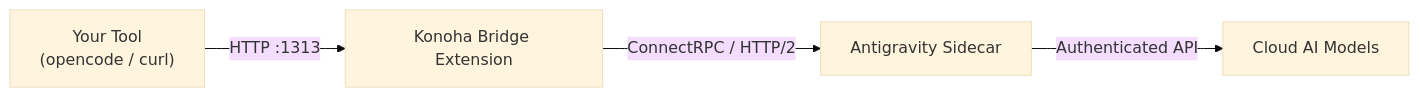
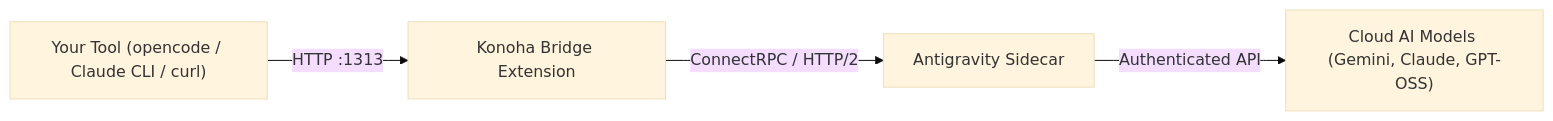
The diagram in README.md (andycungkrinx91/konoha-bridge), drawn with Mermaid (base theme) before and after one commit. The commit also changed other lines of this file and 13 other files, not shown here.

Commit message:
release: v1.4.0 - Gemini 3.8 Flash support, 100% Antigravity alignment, bug fixes & docs

````diff
--- a/README.md
+++ b/README.md
@@ -40,6 +40,6 @@
 ```mermaid
 flowchart LR
-    A["Your Tool<br/>(opencode / curl)"] -->|"HTTP :1313"| B["Konoha Bridge Extension"]
-    B -->|"ConnectRPC / HTTP/2"| C["Antigravity Sidecar"]
-    C -->|"Authenticated API"| D["Cloud AI Models"]
+    A["Your Tool (opencode / Claude CLI / curl)"] -->|HTTP :1313| B["Konoha Bridge Extension"]
+    B -->|ConnectRPC / HTTP/2| C["Antigravity Sidecar"]
+    C -->|Authenticated API| D["Cloud AI Models (Gemini, Claude, GPT-OSS)"]
 ```
````
